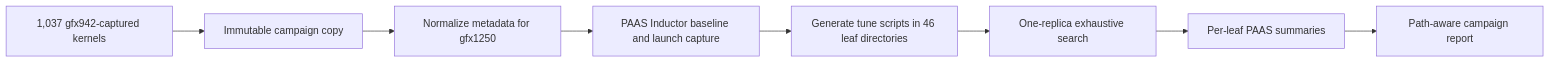
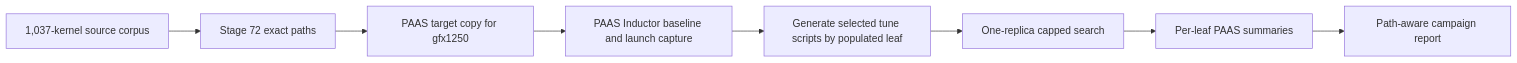
One commit to naromero77amd/framework_scripts changed the diagram in inductor/PAAS_PRIORITY_OPTIMIZATION_PLAN.md. Above: the diagram before and after it, drawn with Mermaid. The commit also changed other lines of this file, not shown here.

Commit message:
Scope PAAS campaign to representative kernels

````diff
--- a/inductor/PAAS_PRIORITY_OPTIMIZATION_PLAN.md
+++ b/inductor/PAAS_PRIORITY_OPTIMIZATION_PLAN.md
@@ -37,10 +37,10 @@
 ```mermaid
 flowchart LR
-  Inputs["1,037 gfx942-captured kernels"] --> Copy["Immutable campaign copy"]
-  Copy --> Normalize["Normalize metadata for gfx1250"]
+  Inputs["1,037-kernel source corpus"] --> Select["Stage 72 exact paths"]
+  Select --> Normalize["PAAS target copy for gfx1250"]
   Normalize --> Baseline["PAAS Inductor baseline and launch capture"]
-  Baseline --> Generate["Generate tune scripts in 46 leaf directories"]
-  Generate --> Search["One-replica exhaustive search"]
+  Baseline --> Generate["Generate selected tune scripts by populated leaf"]
+  Generate --> Search["One-replica capped search"]
   Search --> LeafReports["Per-leaf PAAS summaries"]
   LeafReports --> GlobalReport["Path-aware campaign report"]
 ```
````
